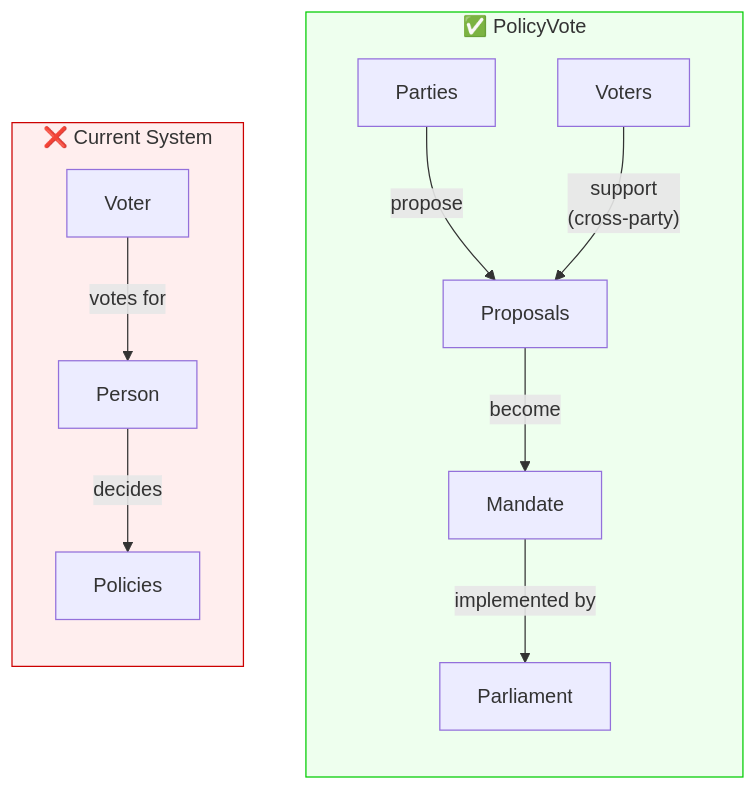
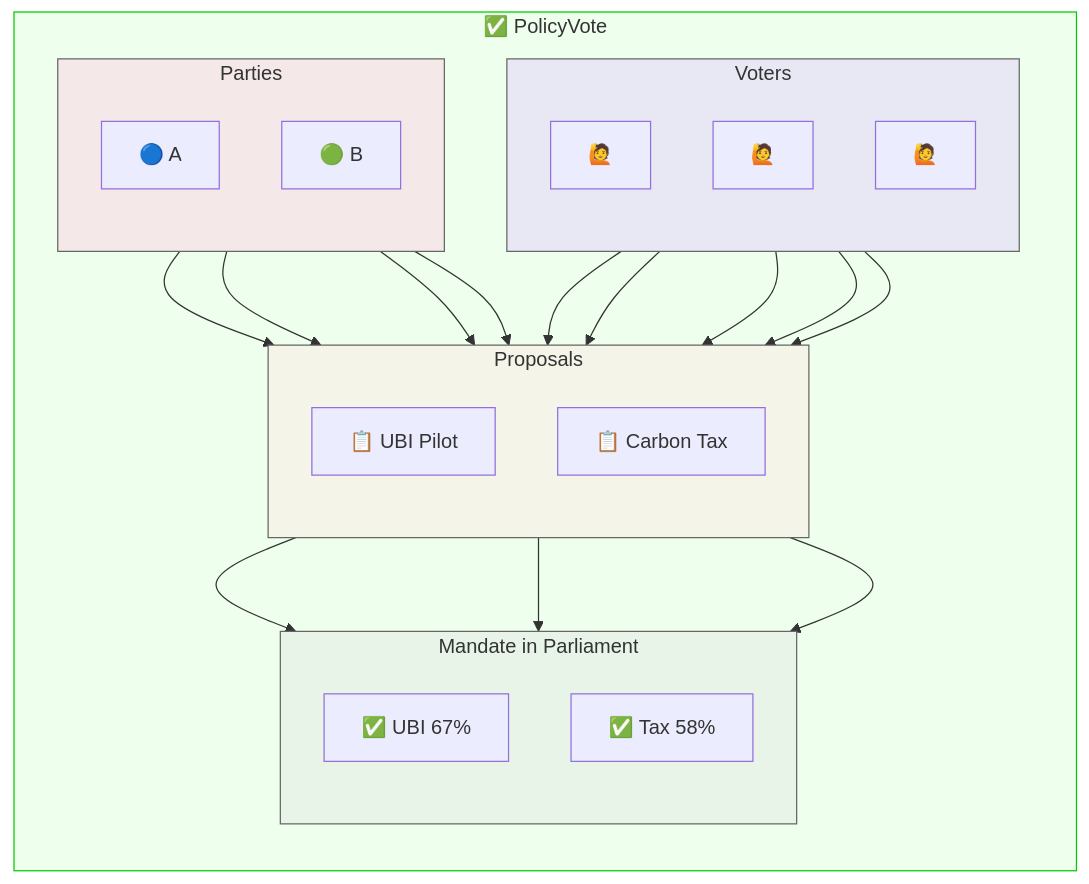
One commit to antont/PolicyVote changed the diagram in 01_Projects/PolicyVote/Diagrams/comparison.mmd. Above: the diagram before and after it, drawn with Mermaid. The commit also changed 6 other files, not shown here.

First line of the commit message:
Add PolicyVote concept diagram with exact layout

```diff
--- a/01_Projects/PolicyVote/Diagrams/comparison.mmd
+++ b/01_Projects/PolicyVote/Diagrams/comparison.mmd
@@ -1,19 +1,54 @@
-flowchart LR
-    subgraph current["❌ Current System"]
-        direction TB
-        c_voter["Voter"] -->|"votes for"| c_person["Person"]
-        c_person -->|"decides"| c_policy["Policies"]
+graph LR
+    subgraph policyvote["✅ PolicyVote"]
+        subgraph voters["Voters"]
+            direction TB
+            v1["🙋"]
+            v2["🙋"]
+            v3["🙋"]
+        end
+
+        subgraph proposals["Proposals"]
+            direction TB
+            ubi["📋 UBI Pilot"]
+            tax["📋 Carbon Tax"]
+        end
+
+        subgraph parties["Parties"]
+            direction TB
+            pA["🔵 A"]
+            pB["🟢 B"]
+        end
+
+        subgraph mandate["Mandate in Parliament"]
+            direction TB
+            m1["✅ UBI 67%"]
+            m2["✅ Tax 58%"]
+        end
+
+        %% Main horizontal flow
+        voters --> proposals --> mandate
+
+        %% Party proposals from below
+        parties --> proposals
+
+        %% Voter support details
+        v1 --> ubi
+        v2 --> ubi
+        v2 --> tax
+        v3 --> tax
+
+        %% Party details
+        pA --> ubi
+        pB --> ubi
+        pB --> tax
+
+        %% Results
+        ubi --> m1
+        tax --> m2
     end
 
-    subgraph policyvote["✅ PolicyVote"]
-        direction TB
-        p_parties["Parties"] -->|"propose"| p_proposals["Proposals"]
-        p_voter["Voters"] -->|"support<br/>(cross-party)"| p_proposals
-        p_proposals -->|"become"| p_mandate["Mandate"]
-        p_mandate -->|"implemented by"| p_parliament["Parliament"]
-    end
-
-    current ~~~ policyvote
-
-    style current fill:#ffeeee,stroke:#cc0000
     style policyvote fill:#eeffee,stroke:#00cc00
+    style voters fill:#e8e8f4,stroke:#666
+    style proposals fill:#f4f4e8,stroke:#666
+    style parties fill:#f4e8e8,stroke:#666
+    style mandate fill:#e8f4e8,stroke:#666
```
